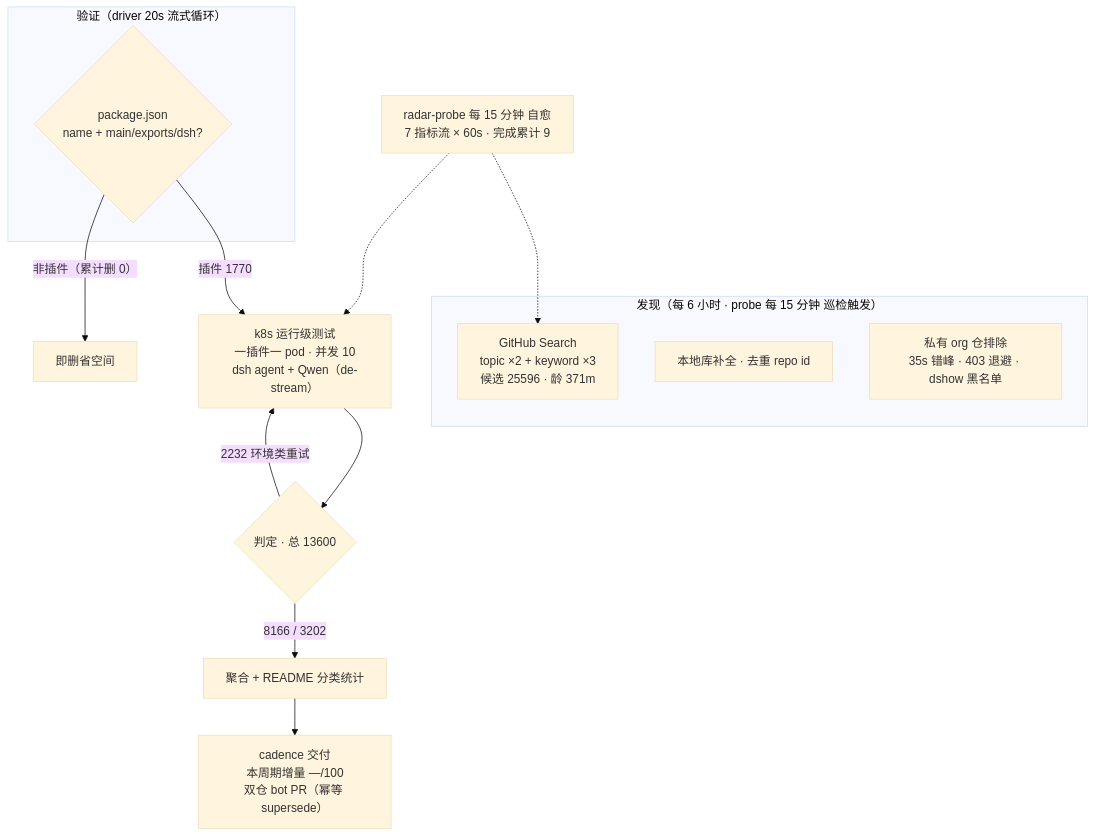
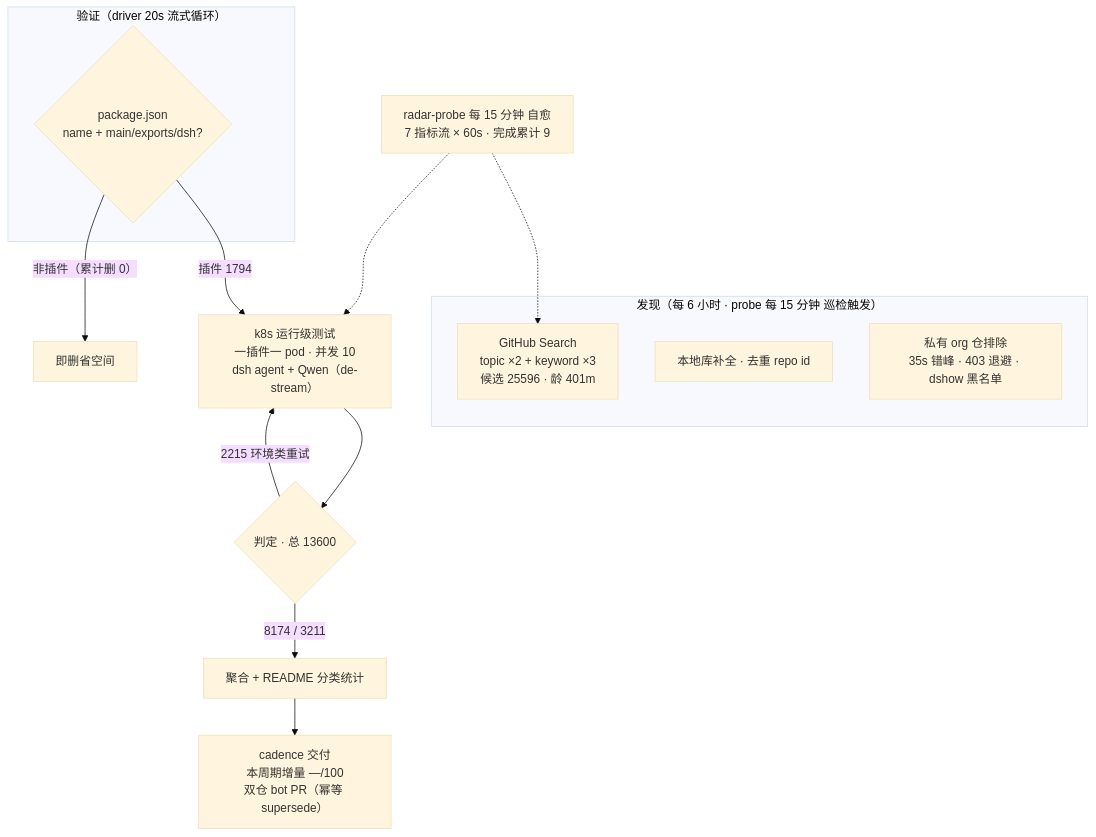
One commit to Zhidao-Lab-OSS/awesome-dsh-plugins changed the diagram in README.md. Above: the diagram before and after it, drawn with Mermaid (base theme). The commit also changed other lines of this file and 1 other file, not shown here.

````diff
--- a/README.md
+++ b/README.md
@@ -159,20 +159,20 @@
 ```mermaid
 flowchart TB
     subgraph Discovery["发现（每 6 小时 · probe 每 15 分钟 巡检触发）"]
-        A1["GitHub Search<br/>topic ×2 + keyword ×3<br/>候选 25596 · 龄 371m"]
+        A1["GitHub Search<br/>topic ×2 + keyword ×3<br/>候选 25596 · 龄 401m"]
         A2["本地库补全 · 去重 repo id"]
         A3["私有 org 仓排除<br/>35s 错峰 · 403 退避 · dshow 黑名单"]
     end
     subgraph Validation["验证（driver 20s 流式循环）"]
         B1{"package.json<br/>name + main/exports/dsh?"}
     end
-    B1 -->|"插件 1770"| C1["k8s 运行级测试<br/>一插件一 pod · 并发 10<br/>dsh agent + Qwen（de-stream）"]
+    B1 -->|"插件 1794"| C1["k8s 运行级测试<br/>一插件一 pod · 并发 10<br/>dsh agent + Qwen（de-stream）"]
     B1 -->|"非插件（累计删 0）"| B3["即删省空间"]
     C1 --> D1{"判定 · 总 13600"}
-    D1 -->|"8166 / 3202"| E1["聚合 + README 分类统计"]
-    D1 -->|"2232 环境类重试"| C1
+    D1 -->|"8174 / 3211"| E1["聚合 + README 分类统计"]
+    D1 -->|"2215 环境类重试"| C1
     E1 --> E2["cadence 交付<br/>本周期增量 —/100<br/>双仓 bot PR（幂等 supersede）"]
     M["radar-probe 每 15 分钟 自愈<br/>7 指标流 × 60s · 完成累计 9"]
     M -.-> A1
     M -.-> C1
 ```
````
